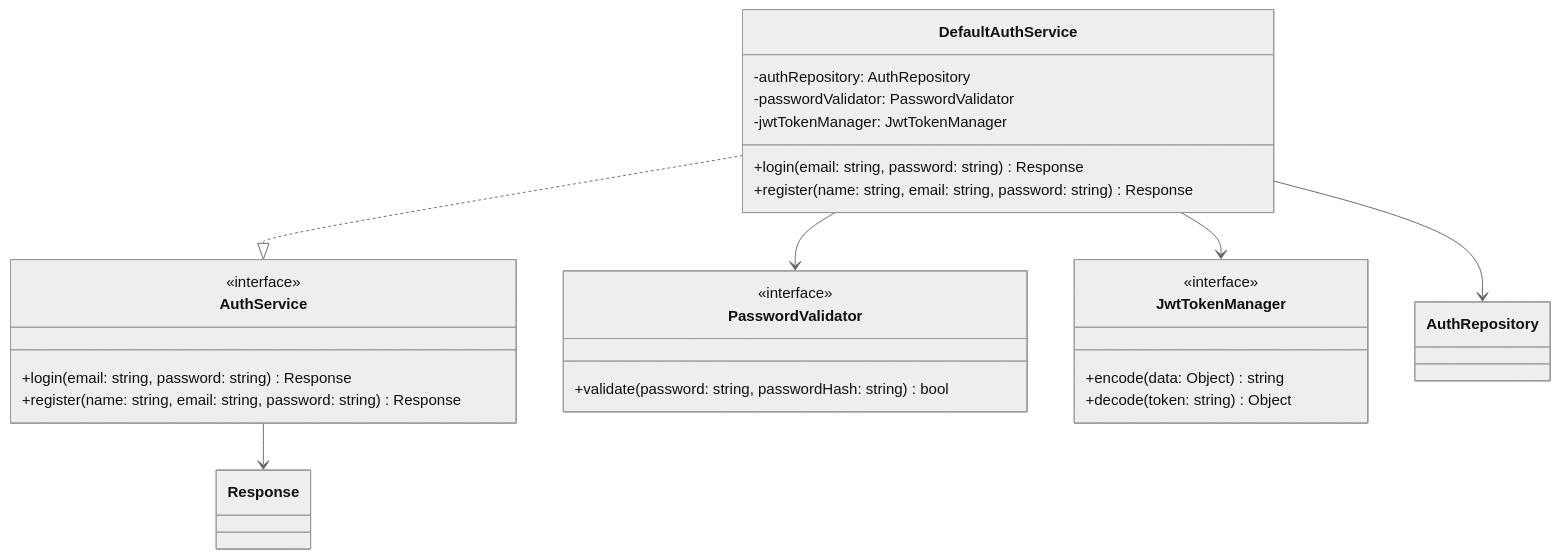
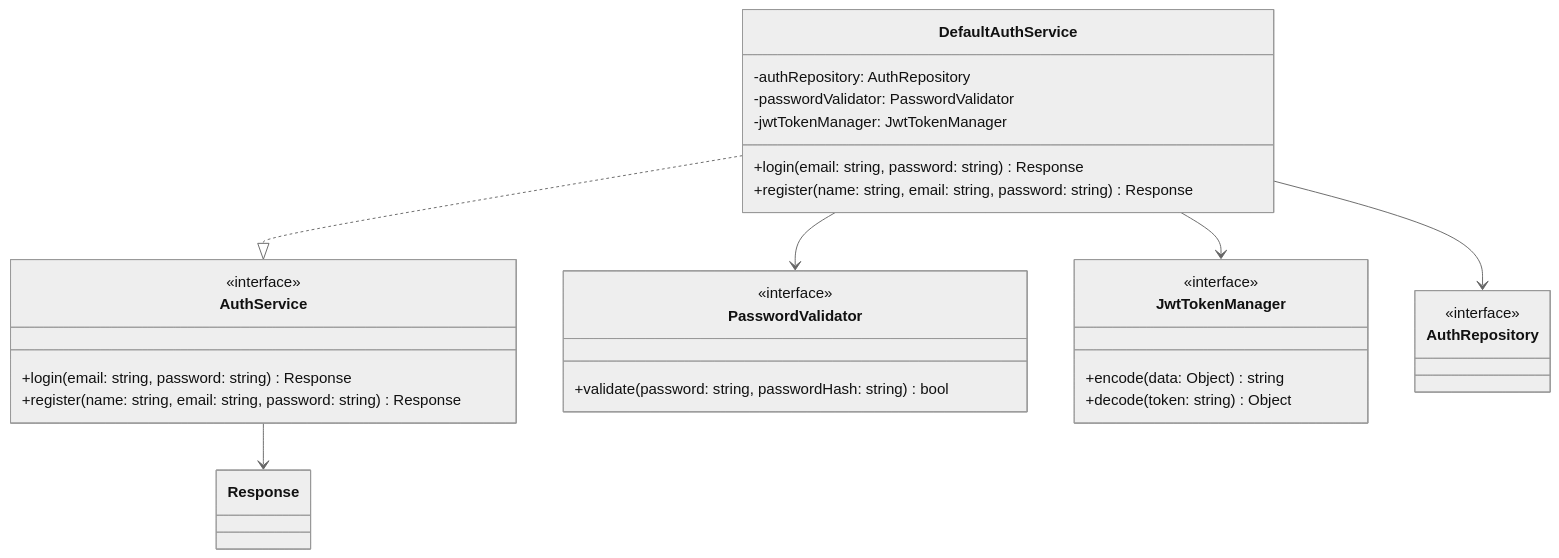
One commit to mb4dev/progetto-prova changed the second of 7 diagrams in documentazione/UC01.md. Above: the diagram before and after it, drawn with Mermaid (neutral theme). The commit also changed other lines of this file and 12 other files, not shown here.

````diff
--- a/documentazione/UC01.md
+++ b/documentazione/UC01.md
@@ -50,34 +50,37 @@
 ```mermaid 
 classDiagram
 
 class AuthService {
     <<interface>>
     +login(email: string, password: string) Response
     +register(name: string, email: string, password: string) Response
 }
 
 class DefaultAuthService {
     -authRepository: AuthRepository
     -passwordValidator: PasswordValidator
     -jwtTokenManager: JwtTokenManager
     +login(email: string, password: string) Response
     +register(name: string, email: string, password: string) Response
 }
 
 class PasswordValidator {
     <<interface>>
     +validate(password: string, passwordHash: string) bool
 }
 
 class JwtTokenManager {
     <<interface>>
     +encode(data: Object) string
     +decode(token: string) Object
 }
 
+class AuthRepository {
+    <<interface>>
+}
 DefaultAuthService ..|> AuthService
 DefaultAuthService --> PasswordValidator
 DefaultAuthService --> AuthRepository
 DefaultAuthService --> JwtTokenManager
 AuthService --> Response
 ```
````
